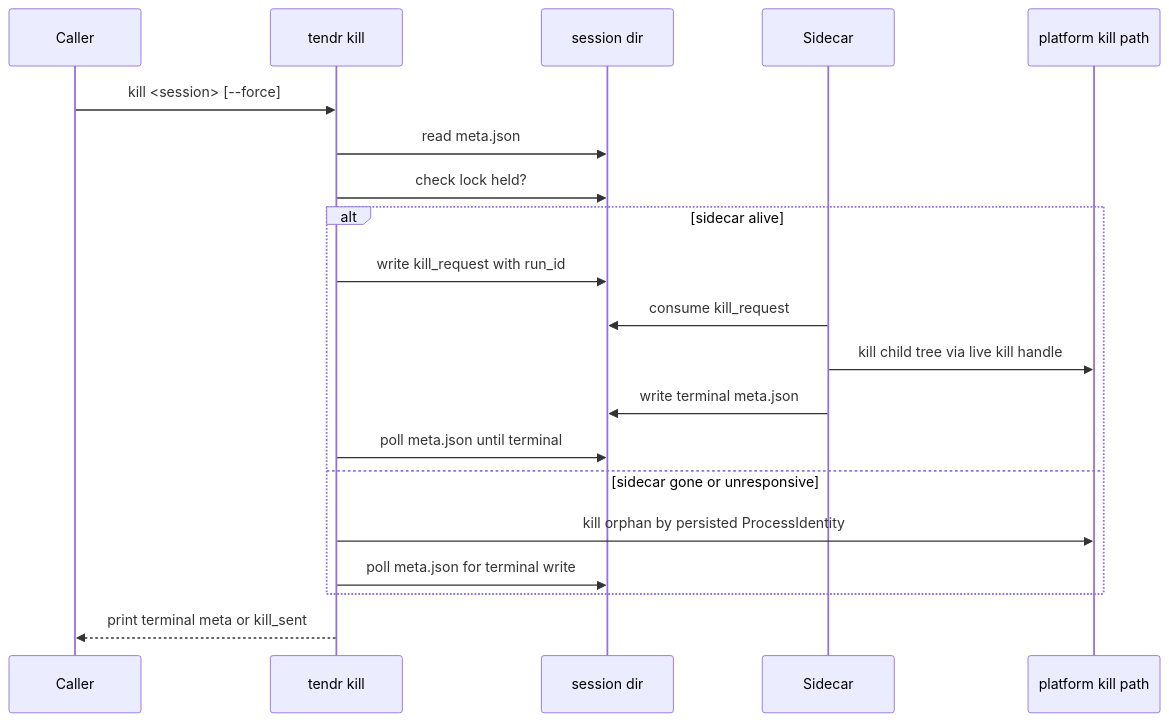
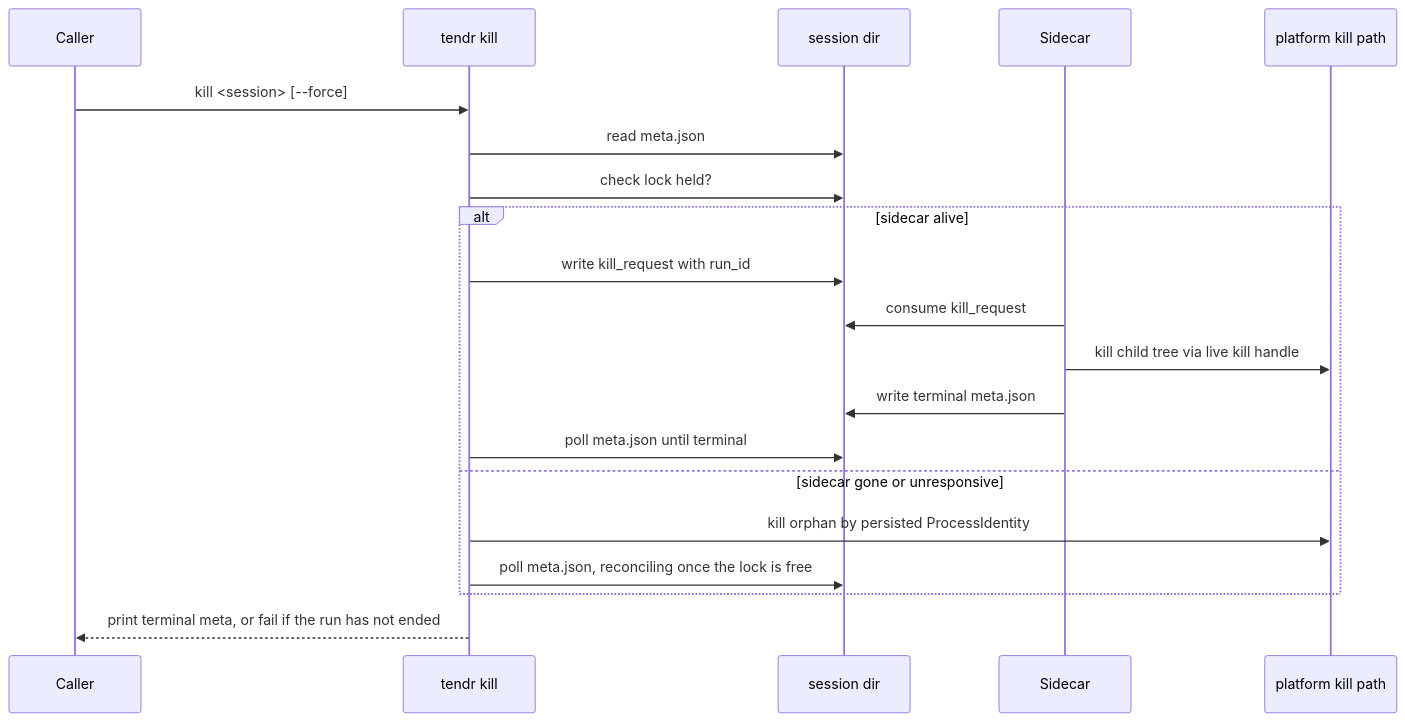
One commit to grumpydevorg/tendr changed the third of 4 diagrams in docs/architecture/05-key-flows.md. Above: the diagram before and after it, drawn with Mermaid. The commit also changed other lines of this file and 9 other files, not shown here.

First line of the commit message:
fix(pty): end a run when its child exits, even while the terminal is held

````diff
--- a/docs/architecture/05-key-flows.md
+++ b/docs/architecture/05-key-flows.md
@@ -145,23 +145,23 @@
 ```mermaid
 sequenceDiagram
     participant Caller
     participant CLI as tendr kill
     participant Session as session dir
     participant Sidecar
     participant OS as platform kill path
 
     Caller->>CLI: kill <session> [--force]
     CLI->>Session: read meta.json
     CLI->>Session: check lock held?
     alt sidecar alive
         CLI->>Session: write kill_request with run_id
         Sidecar->>Session: consume kill_request
         Sidecar->>OS: kill child tree via live kill handle
         Sidecar->>Session: write terminal meta.json
         CLI->>Session: poll meta.json until terminal
     else sidecar gone or unresponsive
         CLI->>OS: kill orphan by persisted ProcessIdentity
-        CLI->>Session: poll meta.json for terminal write
+        CLI->>Session: poll meta.json, reconciling once the lock is free
     end
-    CLI-->>Caller: print terminal meta or kill_sent
+    CLI-->>Caller: print terminal meta, or fail if the run has not ended
 ```
````
